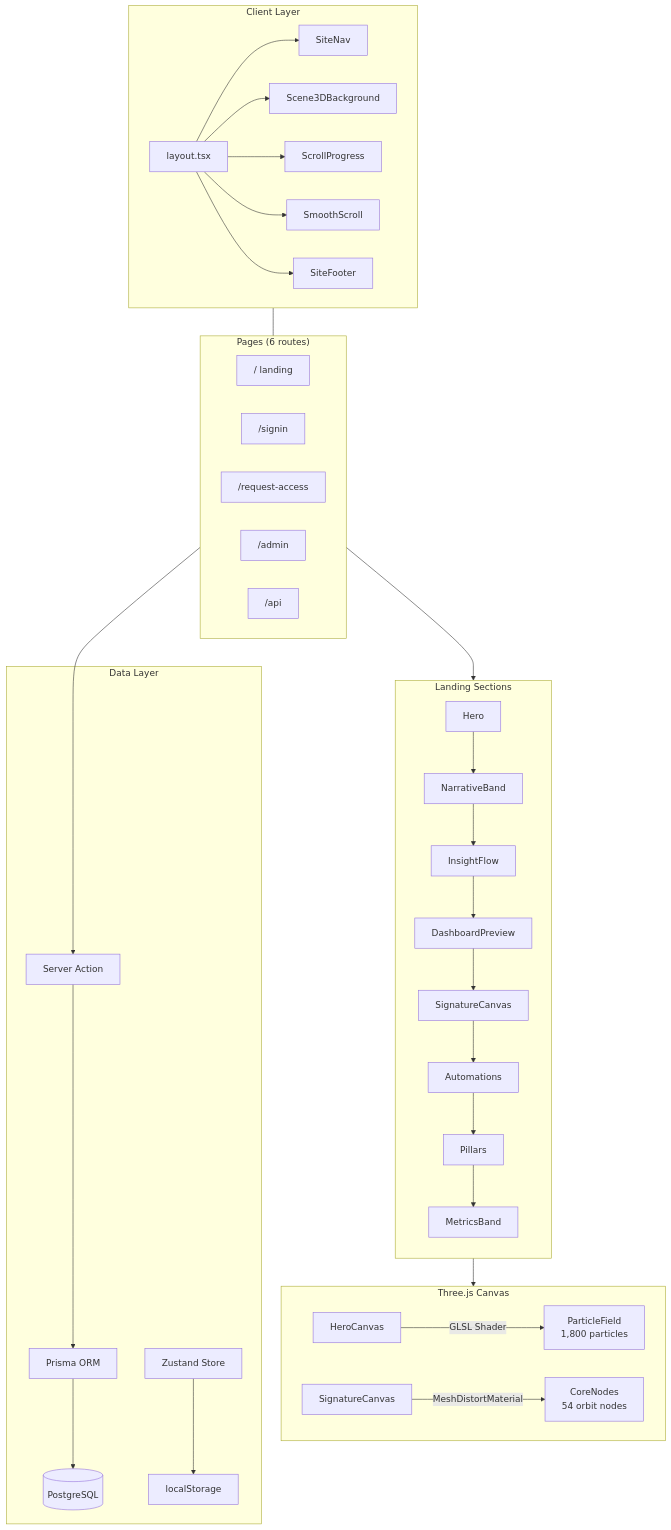
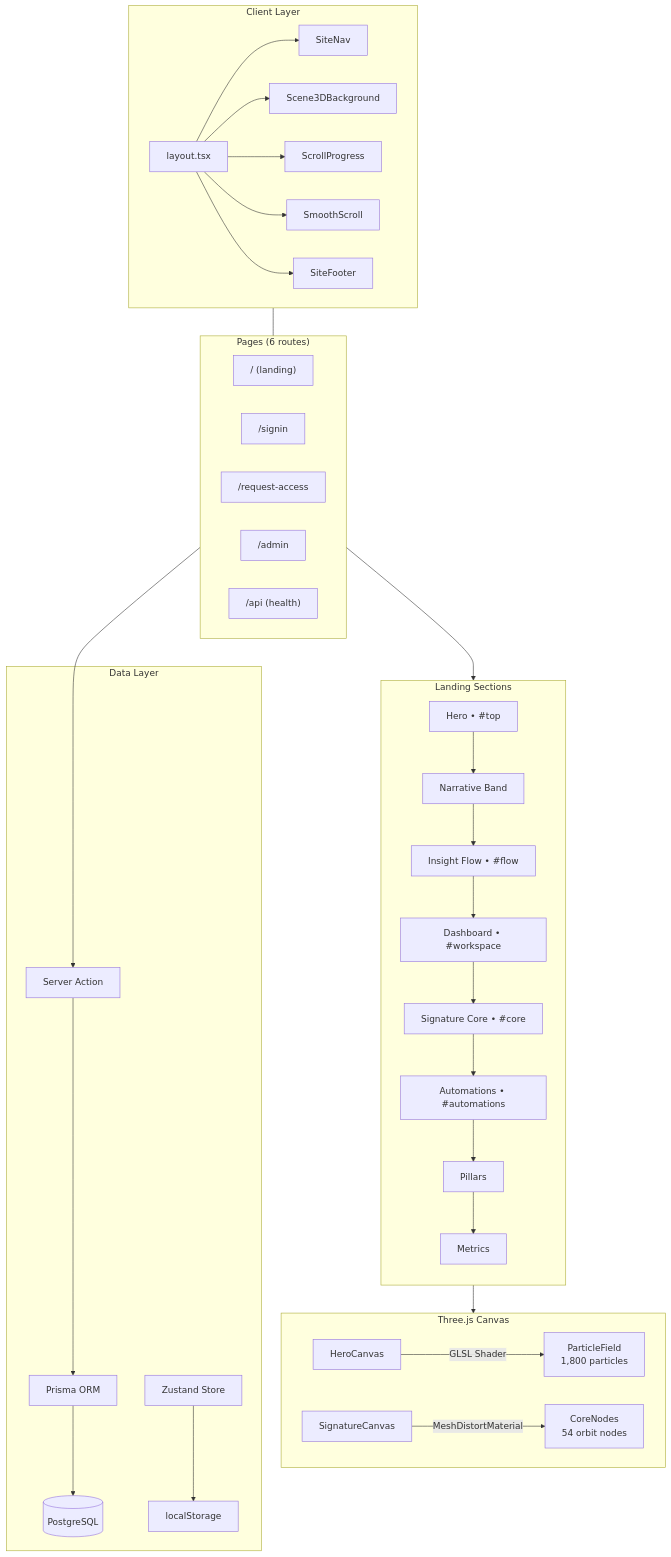
The second of 8 diagrams in README.md (rbkhan007/Frontend-Task-X-AI-Product-Experience-Prototype-), drawn with Mermaid before and after one commit. The commit also changed other lines of this file and 2 other files, not shown here.

Commit message:
Fix favicon (valid ICO), fix README logo URL, update Mermaid diagrams with compatible syntax

````diff
--- a/README.md
+++ b/README.md
@@ -44,46 +51,46 @@
 ```mermaid
 flowchart TB
     subgraph Client["Client Layer"]
-        L[layout.tsx] --> Nav[SiteNav]
-        L --> BG[Scene3DBackground]
-        L --> Prog[ScrollProgress]
-        L --> SS[SmoothScroll]
-        L --> Footer[SiteFooter]
+        L["layout.tsx"] --> Nav["SiteNav"]
+        L --> BG["Scene3DBackground"]
+        L --> Prog["ScrollProgress"]
+        L --> SS["SmoothScroll"]
+        L --> Footer["SiteFooter"]
     end
 
     subgraph Pages["Pages (6 routes)"]
         direction LR
-        Home["/ landing"]
+        Home["/ (landing)"]
         Signin["/signin"]
         RA["/request-access"]
         Admin["/admin"]
-        API["/api"]
+        API["/api (health)"]
     end
 
     subgraph Sections["Landing Sections"]
         direction TB
-        H[Hero] --> NB[NarrativeBand]
-        NB --> IF[InsightFlow]
-        IF --> DP[DashboardPreview]
-        DP --> SC[SignatureCanvas]
-        SC --> Aut[Automations]
-        Aut --> PL[Pillars]
-        PL --> MB[MetricsBand]
+        H["Hero • #top"] --> NB["Narrative Band"]
+        NB --> IF["Insight Flow • #flow"]
+        IF --> DP["Dashboard • #workspace"]
+        DP --> SC["Signature Core • #core"]
+        SC --> Aut["Automations • #automations"]
+        Aut --> PL["Pillars"]
+        PL --> MB["Metrics"]
     end
 
     subgraph Three["Three.js Canvas"]
-        HC[HeroCanvas] -->|GLSL Shader| PF[ParticleField<br/>1,800 particles]
-        SigC[SignatureCanvas] -->|MeshDistortMaterial| CN[CoreNodes<br/>54 orbit nodes]
+        HC["HeroCanvas"] -->|GLSL Shader| PF["ParticleField<br/>1,800 particles"]
+        SigC["SignatureCanvas"] -->|MeshDistortMaterial| CN["CoreNodes<br/>54 orbit nodes"]
     end
 
     subgraph Data["Data Layer"]
-        SA[Server Action] --> PR[Prisma ORM]
-        PR --> PG[(PostgreSQL)]
-        AUTH[Zustand Store] --> LS[localStorage]
+        SA["Server Action"] --> PR["Prisma ORM"]
+        PR --> PG[("PostgreSQL")]
+        AUTH["Zustand Store"] --> LS["localStorage"]
     end
 
     Home --> Sections
     Sections --> Three
     RA --> SA
     Client --- Pages
 ```
````
